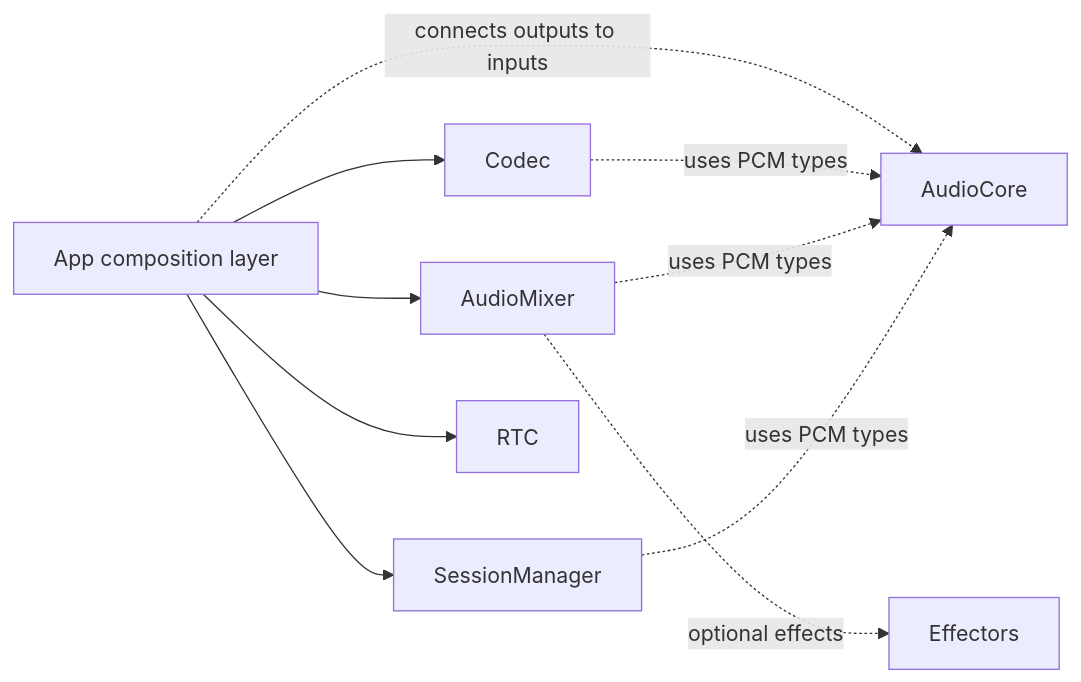
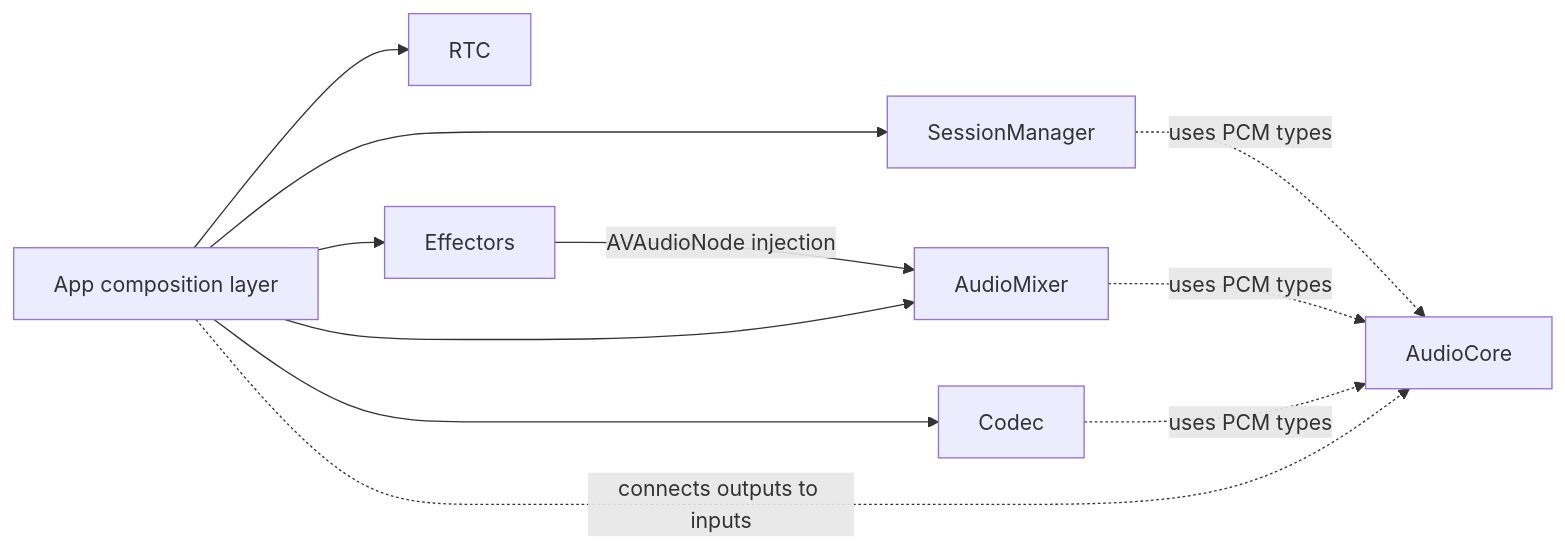
One commit to eroccowaruico/RideIntercom changed the first of 3 diagrams in docs/spec/packages/Overview.md. Above: the diagram before and after it, drawn with Mermaid. The commit also changed other lines of this file and 19 other files, not shown here.

````diff
--- a/docs/spec/packages/Overview.md
+++ b/docs/spec/packages/Overview.md
@@ -32,22 +32,23 @@
 ```mermaid
 flowchart LR
     App[App composition layer]
     Core[AudioCore]
     Session[SessionManager]
     Mixer[AudioMixer]
     Codec[Codec]
     RTC[RTC]
     Effectors[Effectors]
 
     Session -. uses PCM types .-> Core
     Mixer -. uses PCM types .-> Core
     Codec -. uses PCM types .-> Core
-    Mixer -. optional effects .-> Effectors
+    App --> Effectors
+    Effectors -->|AVAudioNode injection| Mixer
 
     App --> Session
     App --> Mixer
     App --> Codec
     App --> RTC
 
     App -. connects outputs to inputs .-> Core
 ```
````
